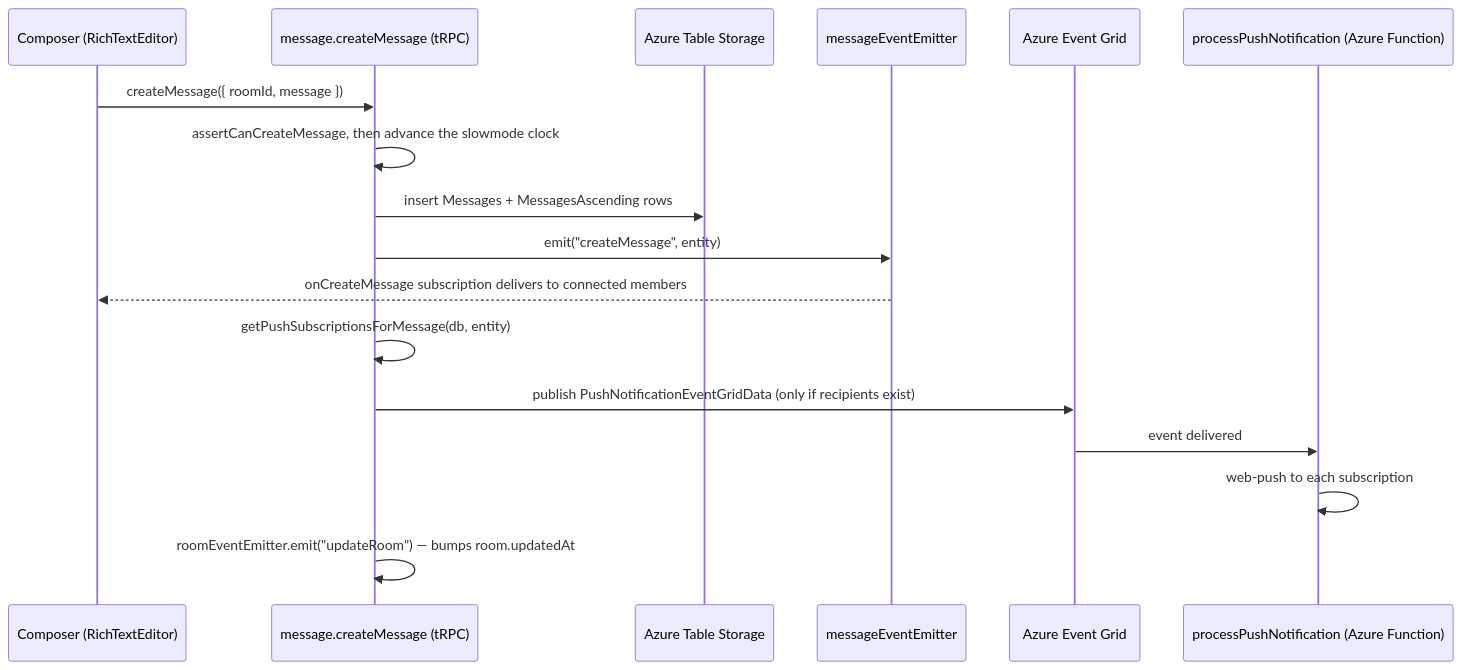
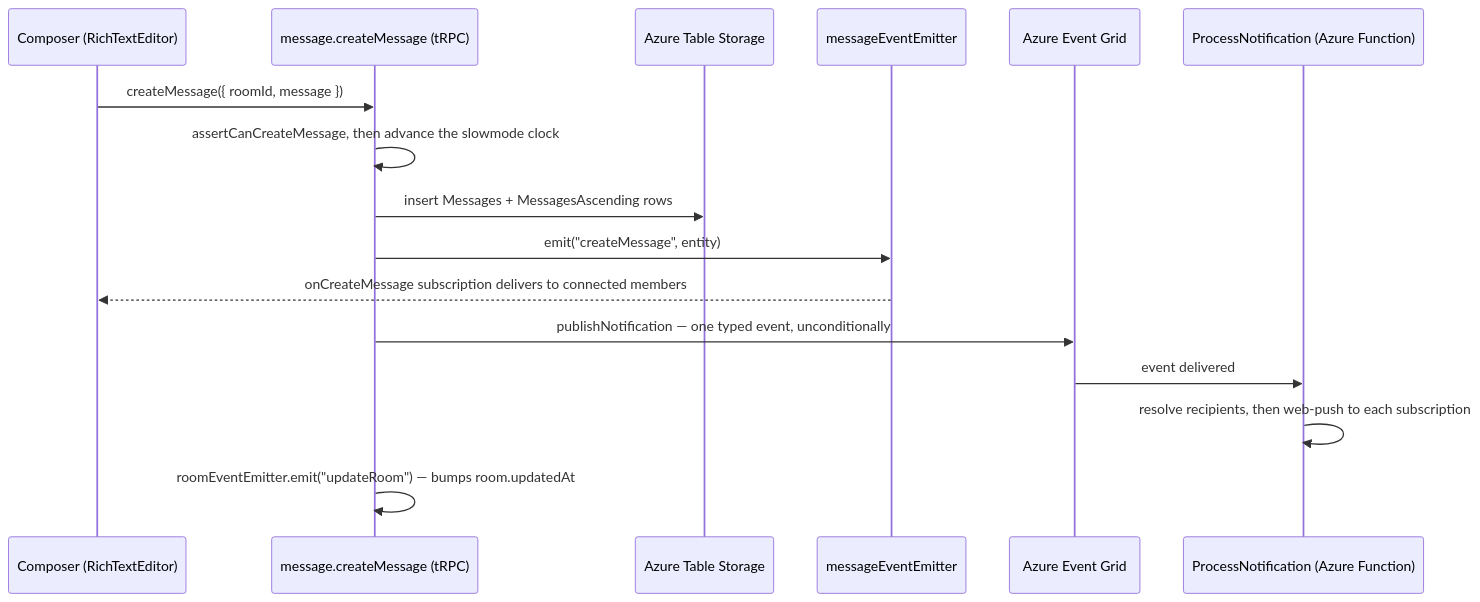
Before and after one commit to Esposter/Esposter: the first of 2 diagrams in packages/app/content/docs/esbabbler/messaging.md, drawn with Mermaid. The commit also changed 16 other files, not shown here.

First line of the commit message:
docs(notification): one page for the consolidated pipeline

````diff
--- a/packages/app/content/docs/esbabbler/messaging.md
+++ b/packages/app/content/docs/esbabbler/messaging.md
@@ -16,20 +16,19 @@
 ```mermaid
 sequenceDiagram
     participant C as Composer (RichTextEditor)
     participant T as message.createMessage (tRPC)
     participant AT as Azure Table Storage
     participant E as messageEventEmitter
     participant EG as Azure Event Grid
-    participant F as processPushNotification (Azure Function)
+    participant F as ProcessNotification (Azure Function)
 
     C->>T: createMessage({ roomId, message })
     T->>T: assertCanCreateMessage, then advance the slowmode clock
     T->>AT: insert Messages + MessagesAscending rows
     T->>E: emit("createMessage", entity)
     E-->>C: onCreateMessage subscription delivers to connected members
-    T->>T: getPushSubscriptionsForMessage(db, entity)
-    T->>EG: publish PushNotificationEventGridData (only if recipients exist)
+    T->>EG: publishNotification — one typed event, unconditionally
     EG->>F: event delivered
-    F->>F: web-push to each subscription
+    F->>F: resolve recipients, then web-push to each subscription
     T->>T: roomEventEmitter.emit("updateRoom") — bumps room.updatedAt
 ```
````
